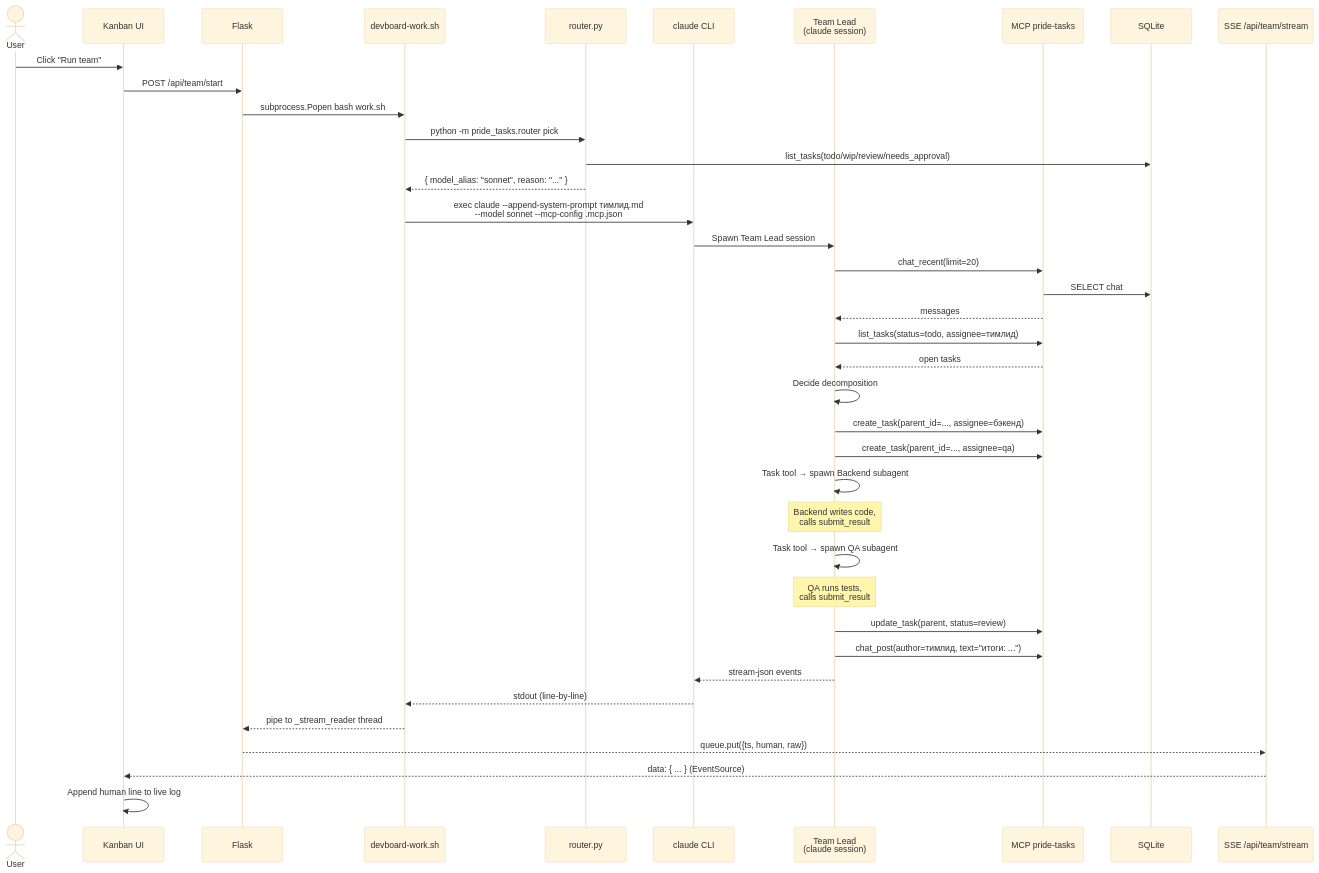
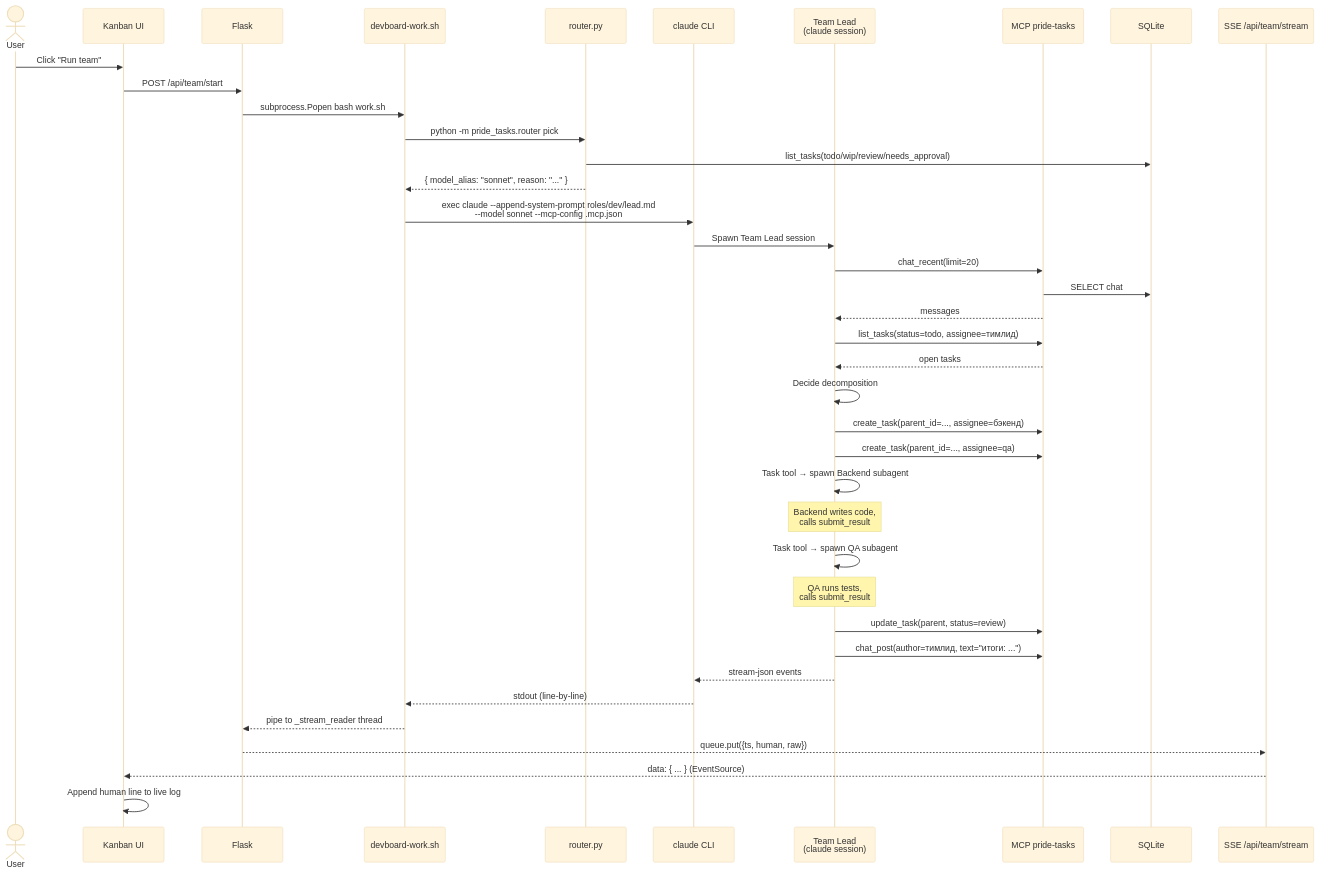
The third of 5 diagrams in ARCHITECTURE.md (rdm9x/devboard), drawn with Mermaid (base theme) before and after one commit. The commit also changed other lines of this file and 26 other files, not shown here.

````diff
--- a/ARCHITECTURE.md
+++ b/ARCHITECTURE.md
@@ -271,42 +271,42 @@
 ```mermaid
 sequenceDiagram
     actor U as User
     participant UI as Kanban UI
     participant F as Flask
     participant Sh as devboard-work.sh
     participant R as router.py
     participant C as claude CLI
     participant L as Team Lead<br/>(claude session)
     participant M as MCP pride-tasks
     participant DB as SQLite
     participant SE as SSE /api/team/stream
 
     U->>UI: Click "Run team"
     UI->>F: POST /api/team/start
     F->>Sh: subprocess.Popen bash work.sh
     Sh->>R: python -m pride_tasks.router pick
     R->>DB: list_tasks(todo/wip/review/needs_approval)
     R-->>Sh: { model_alias: "sonnet", reason: "..." }
-    Sh->>C: exec claude --append-system-prompt тимлид.md<br/>--model sonnet --mcp-config .mcp.json
+    Sh->>C: exec claude --append-system-prompt roles/dev/lead.md<br/>--model sonnet --mcp-config .mcp.json
     C->>L: Spawn Team Lead session
     L->>M: chat_recent(limit=20)
     M->>DB: SELECT chat
     M-->>L: messages
     L->>M: list_tasks(status=todo, assignee=тимлид)
     M-->>L: open tasks
     L->>L: Decide decomposition
     L->>M: create_task(parent_id=..., assignee=бэкенд)
     L->>M: create_task(parent_id=..., assignee=qa)
     L->>L: Task tool → spawn Backend subagent
     Note over L: Backend writes code,<br/>calls submit_result
     L->>L: Task tool → spawn QA subagent
     Note over L: QA runs tests,<br/>calls submit_result
     L->>M: update_task(parent, status=review)
     L->>M: chat_post(author=тимлид, text="итоги: ...")
     L-->>C: stream-json events
     C-->>Sh: stdout (line-by-line)
     Sh-->>F: pipe to _stream_reader thread
     F-->>SE: queue.put({ts, human, raw})
     SE-->>UI: data: { ... } (EventSource)
     UI->>UI: Append human line to live log
 ```
````
